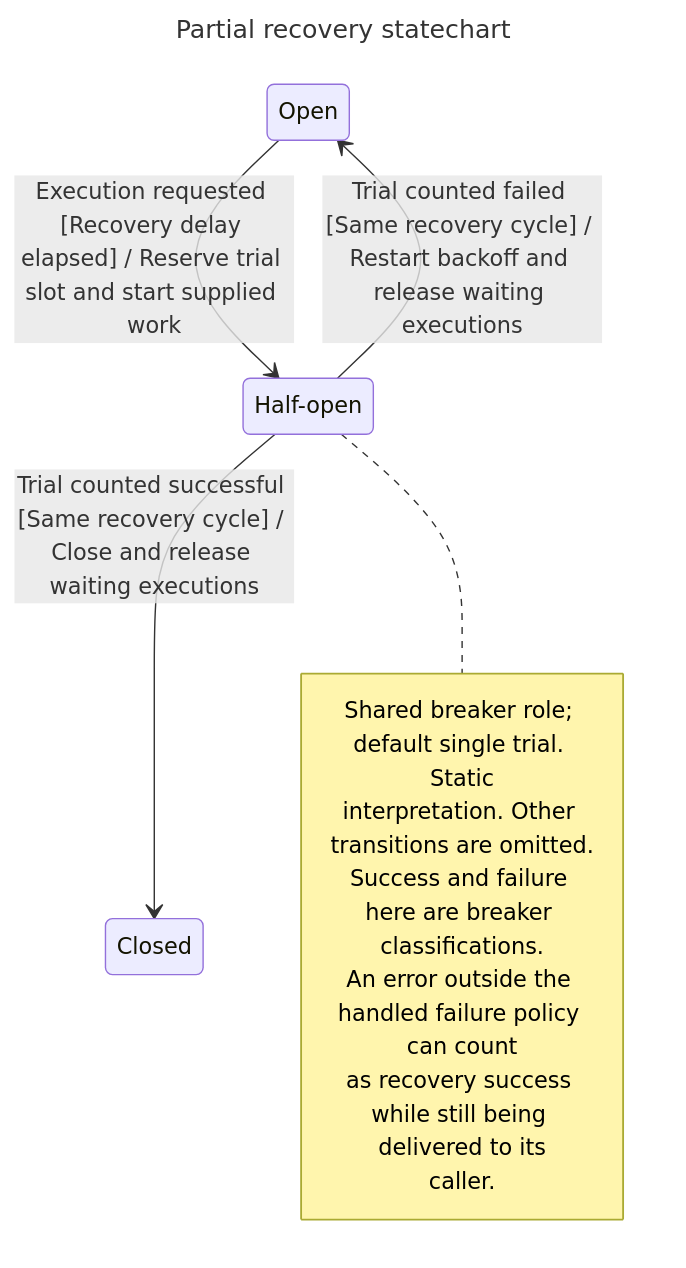
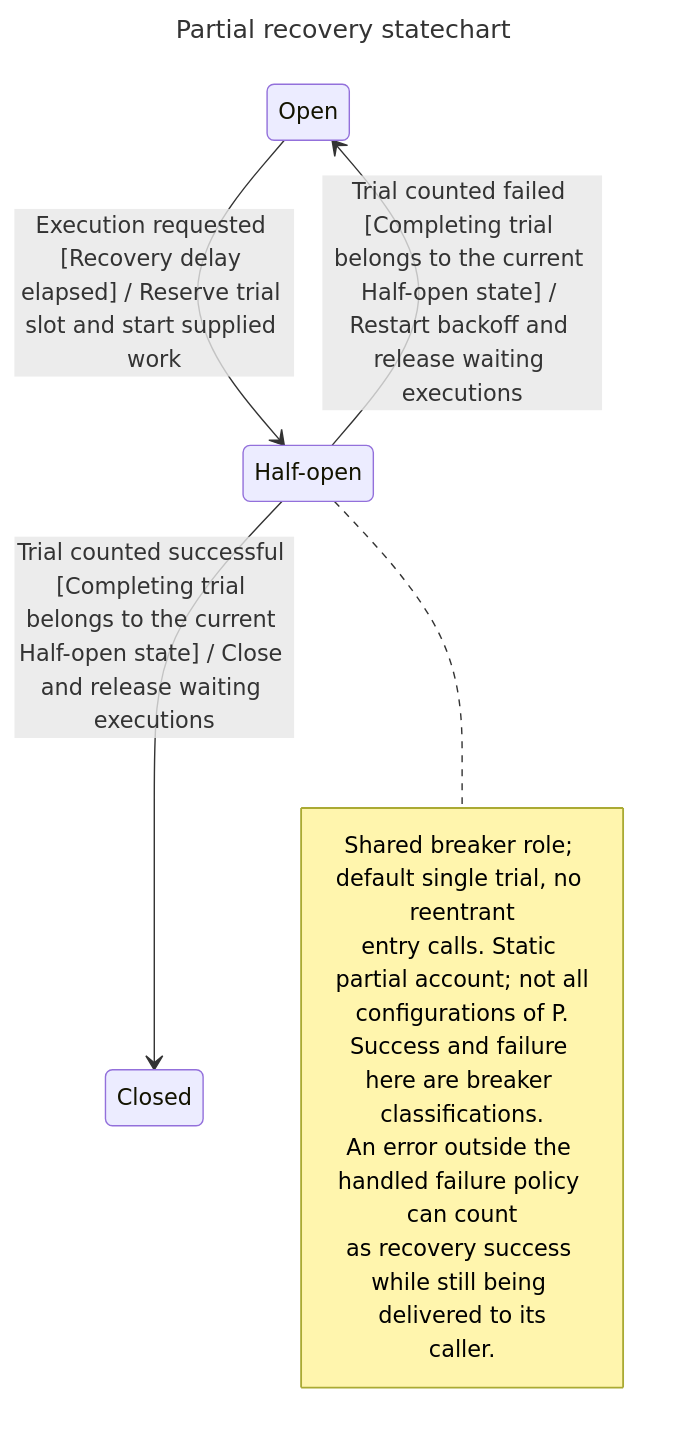
Before and after one commit to ronen/postcode: the diagram in notes/structured-account-example/recovery-state.mmd, drawn with Mermaid. The commit also changed 12 other files, not shown here.

```diff
--- a/notes/structured-account-example/recovery-state.mmd
+++ b/notes/structured-account-example/recovery-state.mmd
@@ -1,15 +1,15 @@
 ---
 title: "Partial recovery statechart"
 ---
 stateDiagram-v2
   direction TB
   state "Closed" as s0
   state "Open" as s1
   state "Half-open" as s2
   s1 --> s2: Execution requested [Recovery delay elapsed] / Reserve trial slot and start supplied work
-  s2 --> s0: Trial counted successful [Same recovery cycle] / Close and release waiting executions
-  s2 --> s1: Trial counted failed [Same recovery cycle] / Restart backoff and release waiting executions
+  s2 --> s0: Trial counted successful [Completing trial belongs to the current Half-open state] / Close and release waiting executions
+  s2 --> s1: Trial counted failed [Completing trial belongs to the current Half-open state] / Restart backoff and release waiting executions
   note right of s2
-    Shared breaker role#59; default single trial. Static<br/>interpretation. Other transitions are omitted.
+    Shared breaker role#59; default single trial, no reentrant<br/>entry calls. Static partial account#59; not all<br/>configurations of P.
     Success and failure here are breaker classifications.<br/>An error outside the handled failure policy can count<br/>as recovery success while still being delivered to its<br/>caller.
   end note
```
